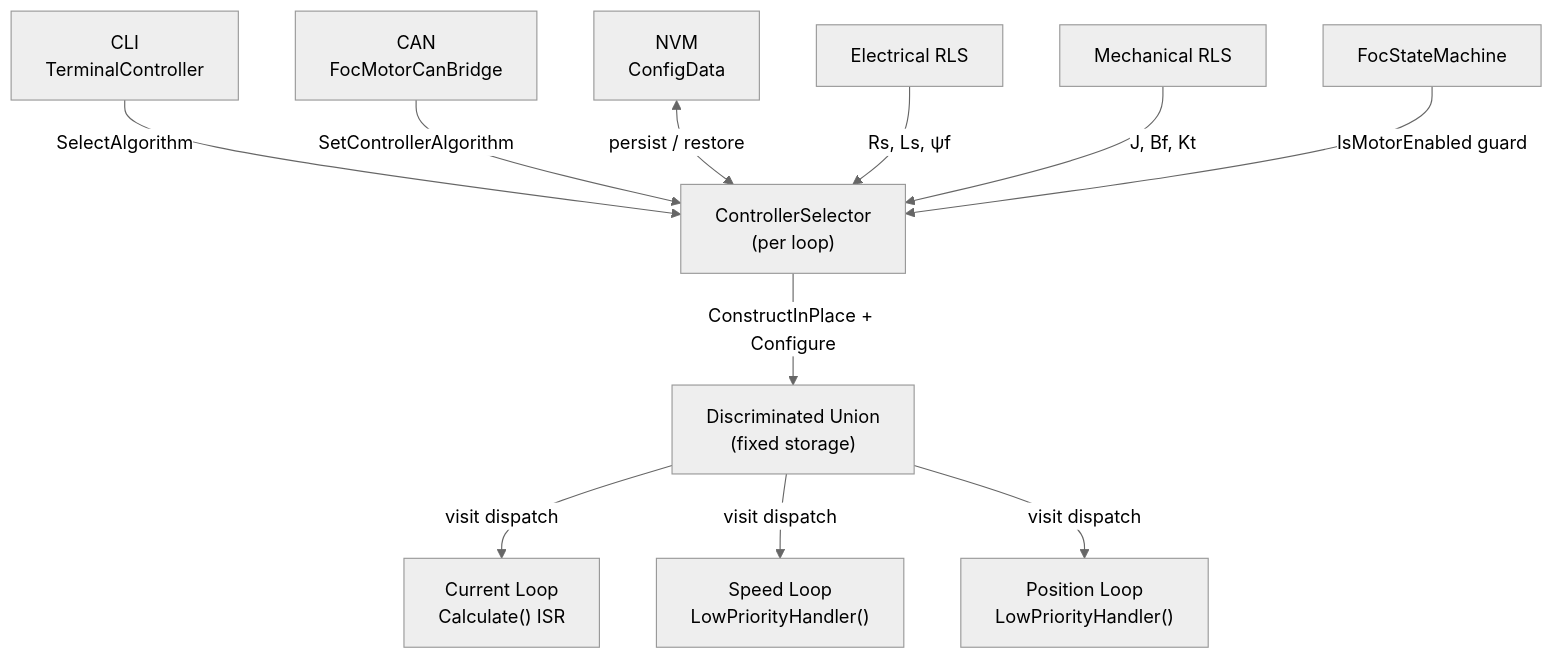
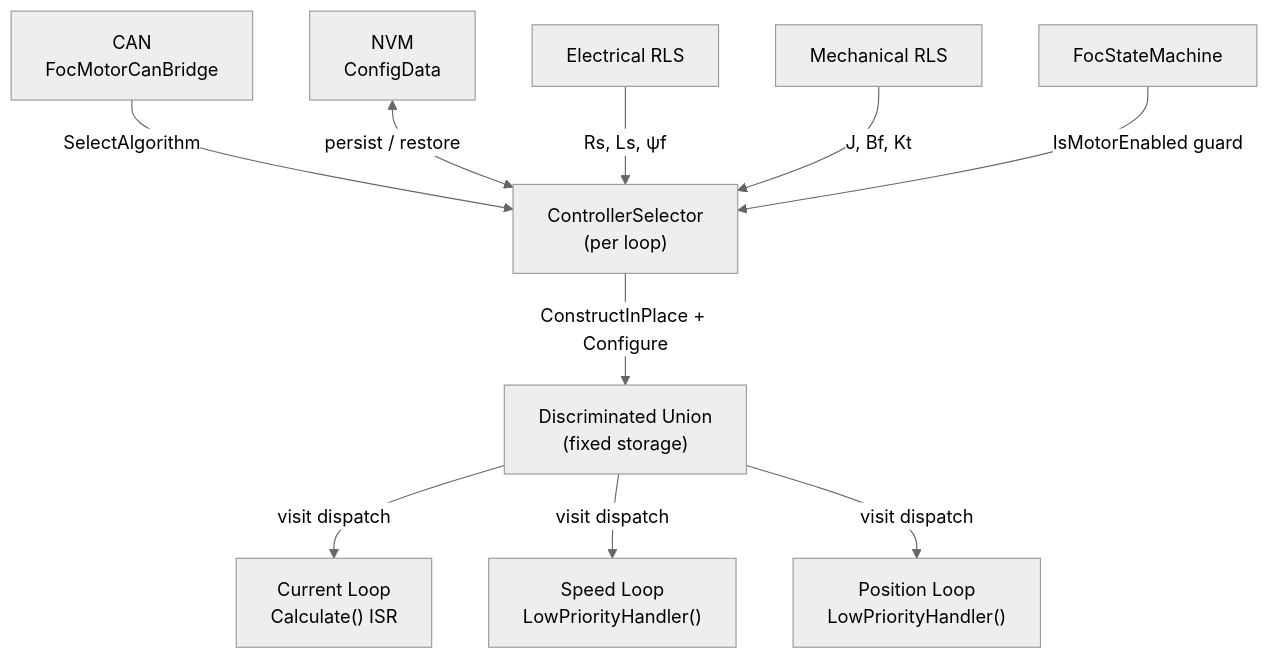
One commit to embedded-pro/e-foc changed the ninth of 9 diagrams in documentation/design/controller-selection.md. Above: the diagram before and after it, drawn with Mermaid (neutral theme). The commit also changed other lines of this file and 54 other files, not shown here.

````diff
--- a/documentation/design/controller-selection.md
+++ b/documentation/design/controller-selection.md
@@ -654,13 +640,12 @@
 ```mermaid
 graph TD
-    CLI["CLI\nTerminalController"] -->|SelectAlgorithm| SEL["ControllerSelector\n(per loop)"]
-    CAN["CAN\nFocMotorCanBridge"] -->|SetControllerAlgorithm| SEL
+    CAN["CAN\nFocMotorCanBridge"] -->|SelectAlgorithm| SEL["ControllerSelector\n(per loop)"]
     NVM["NVM\nConfigData"] <-->|persist / restore| SEL
     ELEC["Electrical RLS"] -->|Rs, Ls, ψf| SEL
     MECH["Mechanical RLS"] -->|J, Bf, Kt| SEL
     SEL -->|ConstructInPlace + Configure| UNION["Discriminated Union\n(fixed storage)"]
     UNION -->|visit dispatch| TORQUE["Current Loop\nCalculate() ISR"]
     UNION -->|visit dispatch| SPEED["Speed Loop\nLowPriorityHandler()"]
     UNION -->|visit dispatch| POSITION["Position Loop\nLowPriorityHandler()"]
     SM["FocStateMachine"] -->|IsMotorEnabled guard| SEL
 ```
````
